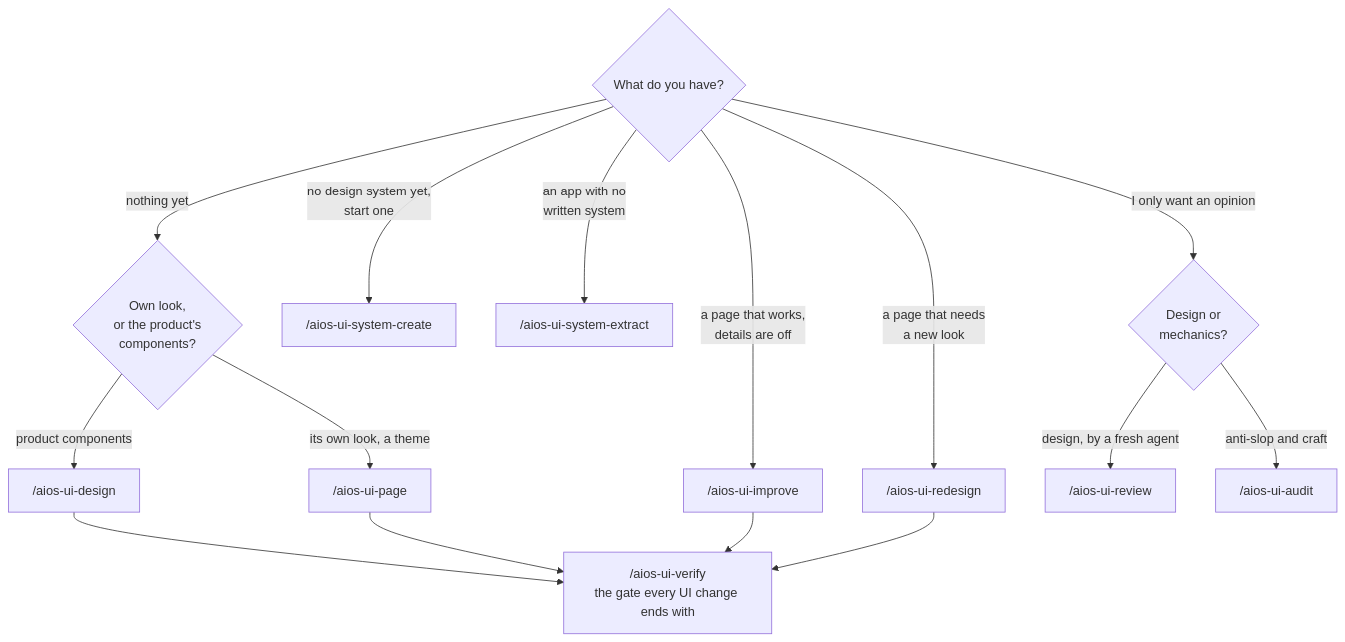
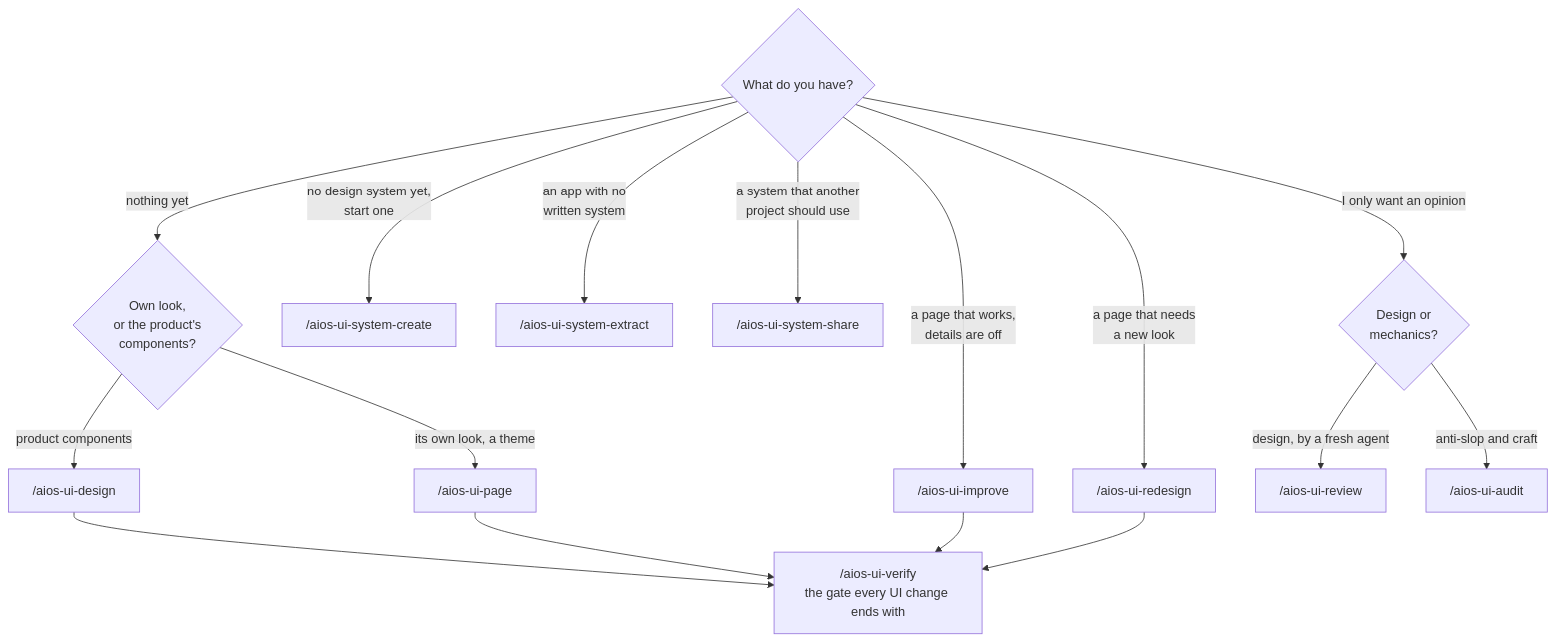
One commit to eddremonts86/ai-os changed the third of 6 diagrams in README.md. Above: the diagram before and after it, drawn with Mermaid. The commit also changed other lines of this file and 13 other files, not shown here.

First line of the commit message:
feat(aios-ui-system-share): the skill and its wiring (block 3)

````diff
--- a/README.md
+++ b/README.md
@@ -126,14 +126,15 @@
 ```mermaid
 flowchart TD
   Q{"What do you have?"} -- "nothing yet" --> N{"Own look,<br/>or the product's<br/>components?"}
   N -- "product components" --> D["/aios-ui-design"]
   N -- "its own look, a theme" --> PG["/aios-ui-page"]
   Q -- "no design system yet,<br/>start one" --> SC["/aios-ui-system-create"]
   Q -- "an app with no<br/>written system" --> SE["/aios-ui-system-extract"]
+  Q -- "a system that another<br/>project should use" --> SH["/aios-ui-system-share"]
   Q -- "a page that works,<br/>details are off" --> I["/aios-ui-improve"]
   Q -- "a page that needs<br/>a new look" --> RD["/aios-ui-redesign"]
   Q -- "I only want an opinion" --> O{"Design or<br/>mechanics?"}
   O -- "design, by a fresh agent" --> RV["/aios-ui-review"]
   O -- "anti-slop and craft" --> AU["/aios-ui-audit"]
   D & PG & I & RD --> VF["/aios-ui-verify<br/>the gate every UI change ends with"]
 ```
````
